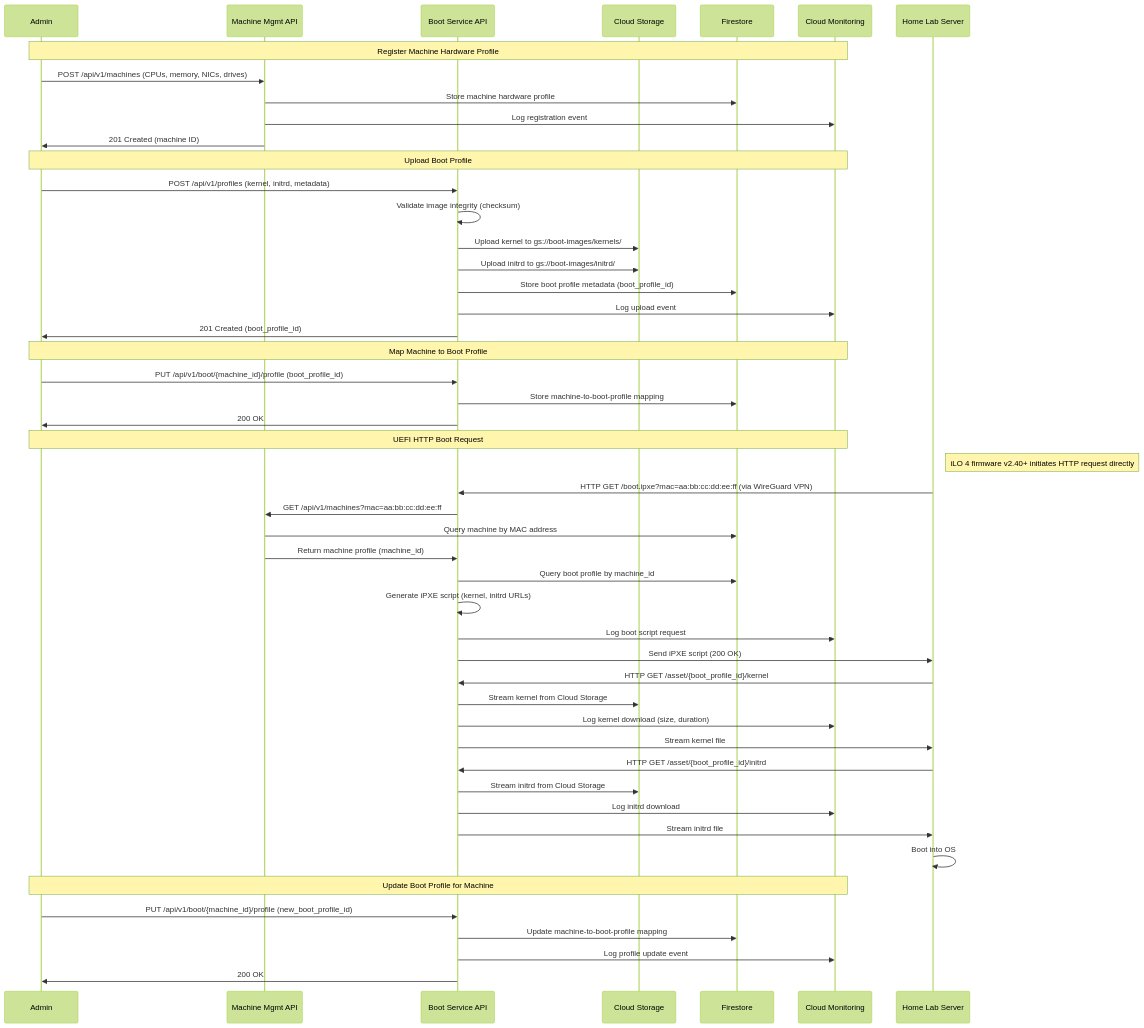
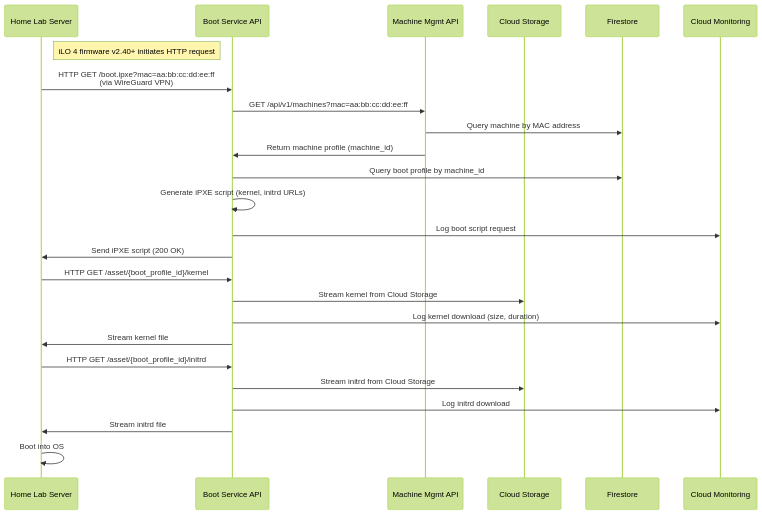
The third of 11 diagrams in docs/content/r&d/adrs/0005-network-boot-infrastructure-gcp.md (Zaba505/infra), drawn with Mermaid (forest theme) before and after one commit. The commit also changed other lines of this file, not shown here.

Commit message:
docs(issue-605): diagrams are easier to read now

````diff
--- a/docs/content/r&d/adrs/0005-network-boot-infrastructure-gcp.md
+++ b/docs/content/r&d/adrs/0005-network-boot-infrastructure-gcp.md
@@ -181,59 +217,33 @@
 ```mermaid
 sequenceDiagram
-    participant Admin
+    participant Server as Home Lab Server
+    participant BootAPI as Boot Service API
     participant MachineAPI as Machine Mgmt API
-    participant BootAPI as Boot Service API
     participant Storage as Cloud Storage
     participant DB as Firestore
     participant Monitor as Cloud Monitoring
 
-    Note over Admin,Monitor: Register Machine Hardware Profile
-    Admin->>MachineAPI: POST /api/v1/machines (CPUs, memory, NICs, drives)
-    MachineAPI->>DB: Store machine hardware profile
-    MachineAPI->>Monitor: Log registration event
-    MachineAPI->>Admin: 201 Created (machine ID)
-
-    Note over Admin,Monitor: Upload Boot Profile
-    Admin->>BootAPI: POST /api/v1/profiles (kernel, initrd, metadata)
-    BootAPI->>BootAPI: Validate image integrity (checksum)
-    BootAPI->>Storage: Upload kernel to gs://boot-images/kernels/
-    BootAPI->>Storage: Upload initrd to gs://boot-images/initrd/
-    BootAPI->>DB: Store boot profile metadata (boot_profile_id)
-    BootAPI->>Monitor: Log upload event
-    BootAPI->>Admin: 201 Created (boot_profile_id)
-
-    Note over Admin,Monitor: Map Machine to Boot Profile
-    Admin->>BootAPI: PUT /api/v1/boot/{machine_id}/profile (boot_profile_id)
-    BootAPI->>DB: Store machine-to-boot-profile mapping
-    BootAPI->>Admin: 200 OK
-
-    Note over Admin,Monitor: UEFI HTTP Boot Request
-    participant Server as Home Lab Server
-    Note right of Server: iLO 4 firmware v2.40+ initiates HTTP request directly
-    Server->>BootAPI: HTTP GET /boot.ipxe?mac=aa:bb:cc:dd:ee:ff (via WireGuard VPN)
+    Note right of Server: iLO 4 firmware v2.40+ initiates HTTP request
+    Server->>BootAPI: HTTP GET /boot.ipxe?mac=aa:bb:cc:dd:ee:ff<br/>(via WireGuard VPN)
+    
     BootAPI->>MachineAPI: GET /api/v1/machines?mac=aa:bb:cc:dd:ee:ff
     MachineAPI->>DB: Query machine by MAC address
     MachineAPI->>BootAPI: Return machine profile (machine_id)
+    
     BootAPI->>DB: Query boot profile by machine_id
     BootAPI->>BootAPI: Generate iPXE script (kernel, initrd URLs)
     BootAPI->>Monitor: Log boot script request
     BootAPI->>Server: Send iPXE script (200 OK)
     
     Server->>BootAPI: HTTP GET /asset/{boot_profile_id}/kernel
     BootAPI->>Storage: Stream kernel from Cloud Storage
     BootAPI->>Monitor: Log kernel download (size, duration)
     BootAPI->>Server: Stream kernel file
     
     Server->>BootAPI: HTTP GET /asset/{boot_profile_id}/initrd
     BootAPI->>Storage: Stream initrd from Cloud Storage
     BootAPI->>Monitor: Log initrd download
     BootAPI->>Server: Stream initrd file
     
     Server->>Server: Boot into OS
-    
-    Note over Admin,Monitor: Update Boot Profile for Machine
-    Admin->>BootAPI: PUT /api/v1/boot/{machine_id}/profile (new_boot_profile_id)
-    BootAPI->>DB: Update machine-to-boot-profile mapping
-    BootAPI->>Monitor: Log profile update event
-    BootAPI->>Admin: 200 OK
 ```
````
